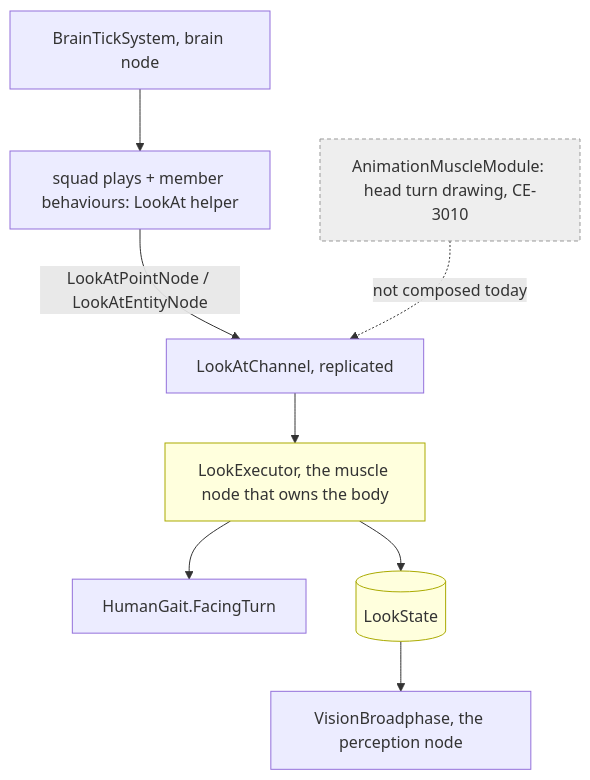
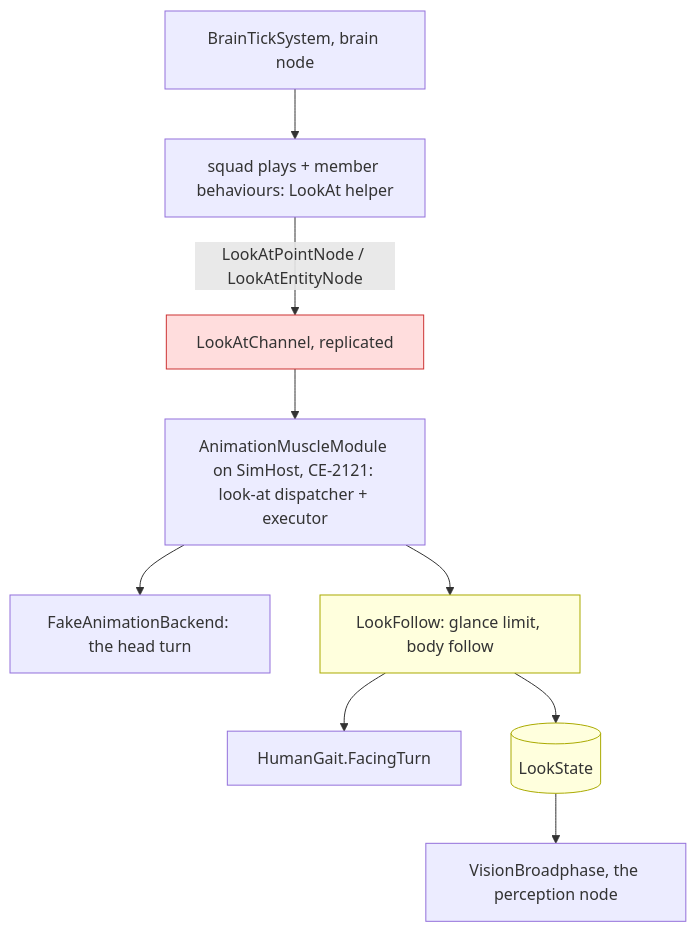
Before and after one commit to pjanec/HROT: the third of 3 diagrams in docs/designs/look-direction/DESIGN_Look_Direction_And_FOV.md, drawn with Mermaid. The commit also changed other lines of this file and 3 other files, not shown here.

First line of the commit message:
docs(look-direction): LD-A..LD-D ruled (R-2049) - the head only glances, the body follows

````diff
--- a/docs/designs/look-direction/DESIGN_Look_Direction_And_FOV.md
+++ b/docs/designs/look-direction/DESIGN_Look_Direction_And_FOV.md
@@ -151,15 +164,16 @@
 ```mermaid
 graph TD
   BT[BrainTickSystem, brain node] --> PLAYS[squad plays + member behaviours: LookAt helper]
   PLAYS -->|LookAtPointNode / LookAtEntityNode| CH[LookAtChannel, replicated]
-  CH --> EXE[LookExecutor, the muscle node that owns the body]
-  EXE --> GAIT[HumanGait.FacingTurn]
-  EXE --> LS[(LookState)]
+  CH --> MOD[AnimationMuscleModule on SimHost, CE-2121: look-at dispatcher + executor]
+  MOD --> FAKE[FakeAnimationBackend: the head turn]
+  MOD --> LF[LookFollow: glance limit, body follow]
+  LF --> GAIT[HumanGait.FacingTurn]
+  LF --> LS[(LookState)]
   LS --> VB[VisionBroadphase, the perception node]
-  ANIM[AnimationMuscleModule: head turn drawing, CE-3010] -.->|not composed today| CH
   classDef new fill:#ffd,stroke:#aa0
-  classDef dead fill:#eee,stroke:#999,stroke-dasharray: 4 3
-  EXE:::new
+  classDef gap fill:#fdd,stroke:#c33
+  LF:::new
   LS:::new
-  ANIM:::dead
+  CH:::gap
 ```
````
